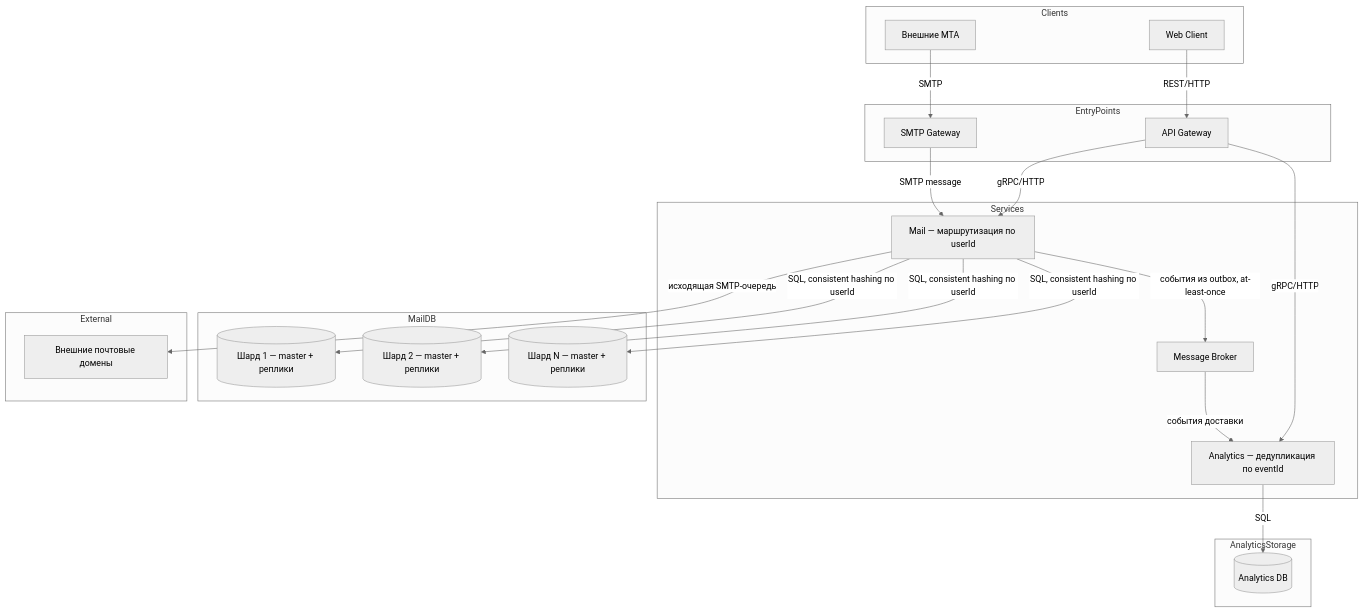
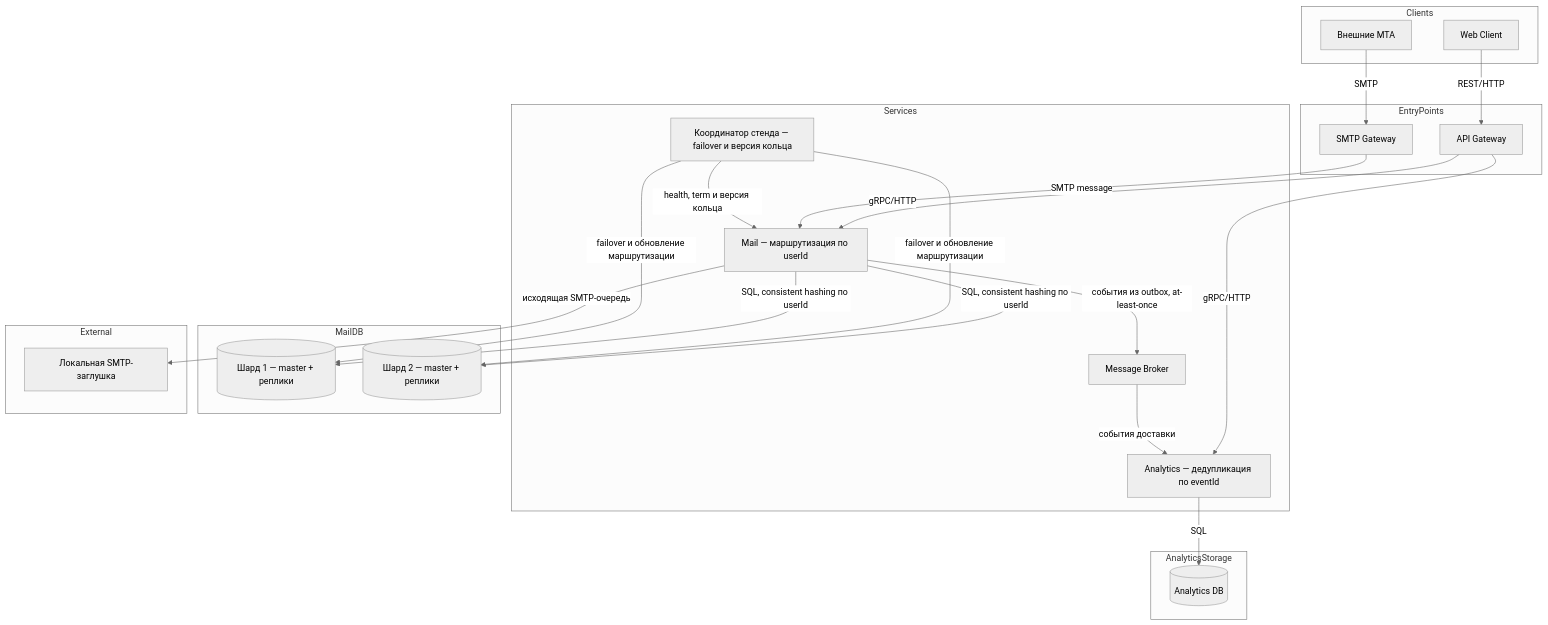
Before and after one commit to spbu-ds-practicum-2026/hydrolytes: the first of 5 diagrams in docs/tr.md, drawn with Mermaid (neutral theme). The commit also changed other lines of this file, not shown here.

````diff
--- a/docs/tr.md
+++ b/docs/tr.md
@@ -126,40 +132,42 @@
 ```mermaid
 graph TD
   subgraph Clients
     WebClient[Web Client]
     ExternalMTA[Внешние MTA]
   end
   subgraph EntryPoints
     APIGateway[API Gateway]
     SMTPGateway[SMTP Gateway]
   end
   subgraph Services
     Mail[Mail — маршрутизация по userId]
     Analytics[Analytics — дедупликация по eventId]
     MessageBroker[Message Broker]
+    Coordinator[Координатор стенда — failover и версия кольца]
   end
   subgraph MailDB
     Shard1[(Шард 1 — master + реплики)]
     Shard2[(Шард 2 — master + реплики)]
-    ShardN[(Шард N — master + реплики)]
   end
   subgraph AnalyticsStorage
     AnalyticsDB[(Analytics DB)]
   end
   subgraph External
-    ExternalDomains[Внешние почтовые домены]
+    ExternalDomains[Локальная SMTP-заглушка]
   end
 
   WebClient-->|REST/HTTP|APIGateway
   ExternalMTA-->|SMTP|SMTPGateway
   APIGateway-->|gRPC/HTTP|Mail
   APIGateway-->|gRPC/HTTP|Analytics
   SMTPGateway-->|SMTP message|Mail
   Mail-->|SQL, consistent hashing по userId|Shard1
   Mail-->|SQL, consistent hashing по userId|Shard2
-  Mail-->|SQL, consistent hashing по userId|ShardN
+  Coordinator-->|health, term и версия кольца|Mail
+  Coordinator-->|failover и обновление маршрутизации|Shard1
+  Coordinator-->|failover и обновление маршрутизации|Shard2
   Mail-->|события из outbox, at-least-once|MessageBroker
   MessageBroker-->|события доставки|Analytics
   Analytics-->|SQL|AnalyticsDB
   Mail-->|исходящая SMTP-очередь|ExternalDomains
 ```
````
